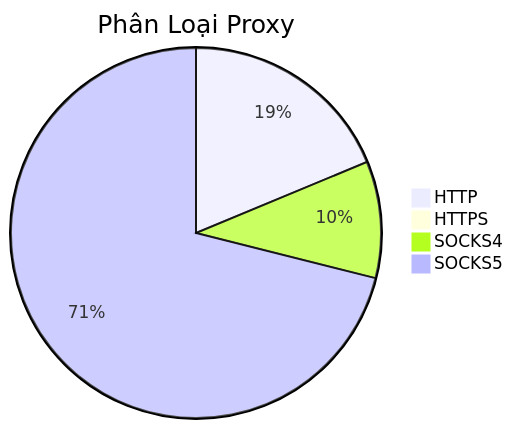
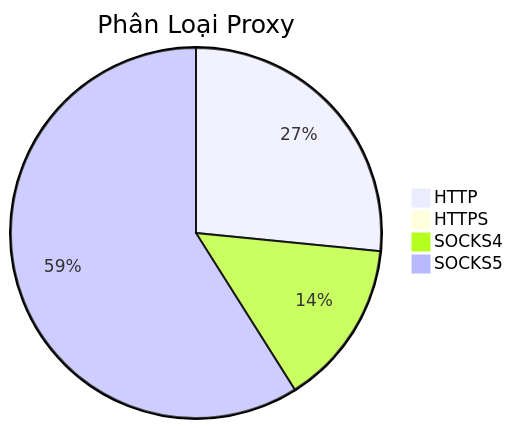
Before and after one commit to Ciara-Aa/PROXY-free: the diagram in README.md, drawn with Mermaid. The commit also changed other lines of this file and 4 other files, not shown here.

````diff
--- a/README.md
+++ b/README.md
@@ -26,7 +26,7 @@
 ```mermaid
 pie title Phân Loại Proxy
-    "HTTP" : 599
-    "HTTPS" : 4
-    "SOCKS4" : 326
-    "SOCKS5" : 2273
+    "HTTP" : 571
+    "HTTPS" : 2
+    "SOCKS4" : 311
+    "SOCKS5" : 1267
 ```
````
